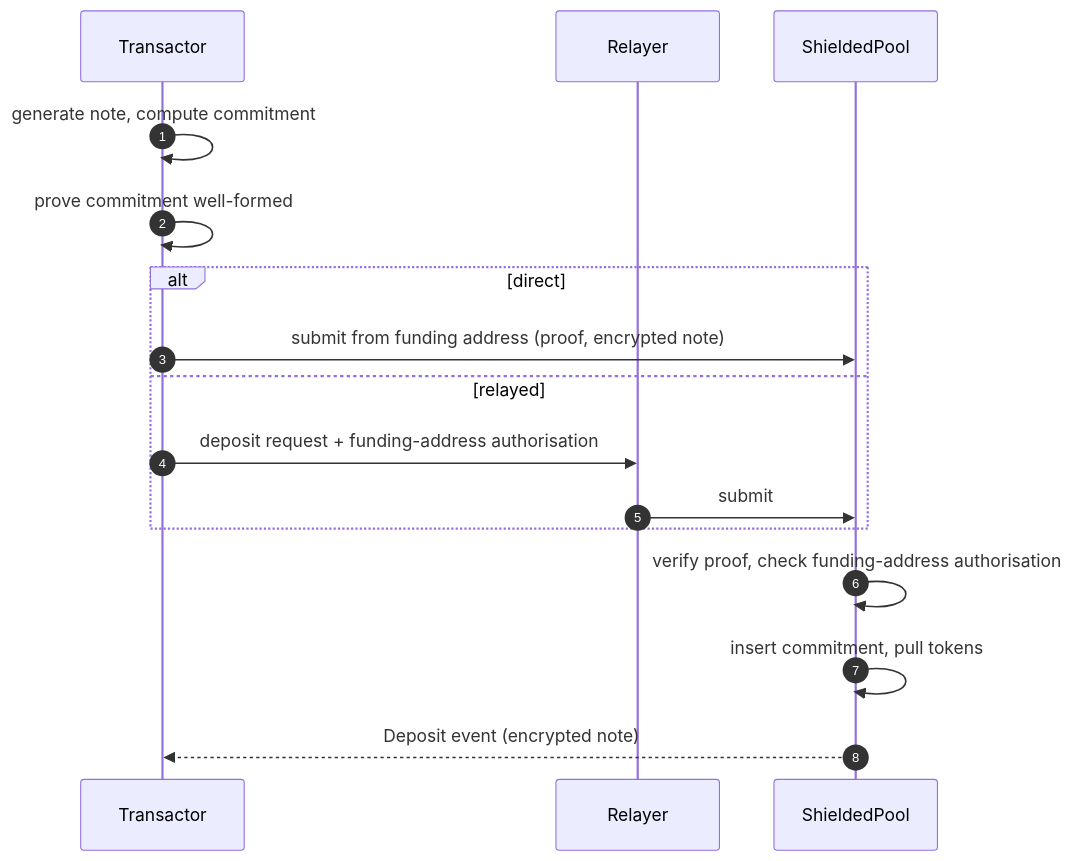
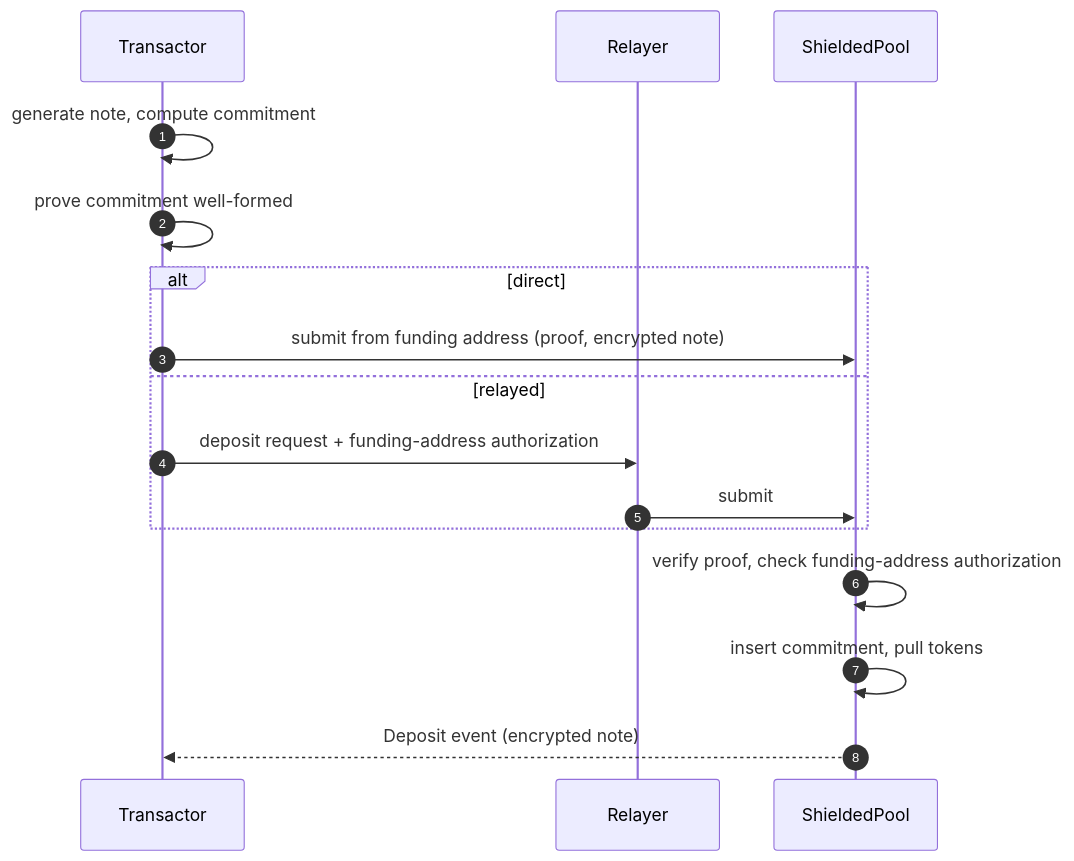
Before and after one commit to ethsystems/specs: the first of 3 diagrams in specs/2/README.md, drawn with Mermaid. The commit also changed other lines of this file and 1 other file, not shown here.

````diff
--- a/specs/2/README.md
+++ b/specs/2/README.md
@@ -176,18 +176,18 @@
 ```mermaid
 sequenceDiagram
     autonumber
     participant T as Transactor
     participant R as Relayer
     participant P as ShieldedPool
     T->>T: generate note, compute commitment
     T->>T: prove commitment well-formed
     alt direct
         T->>P: submit from funding address (proof, encrypted note)
     else relayed
-        T->>R: deposit request + funding-address authorisation
+        T->>R: deposit request + funding-address authorization
         R->>P: submit
     end
-    P->>P: verify proof, check funding-address authorisation
+    P->>P: verify proof, check funding-address authorization
     P->>P: insert commitment, pull tokens
     P-->>T: Deposit event (encrypted note)
 ```
````
